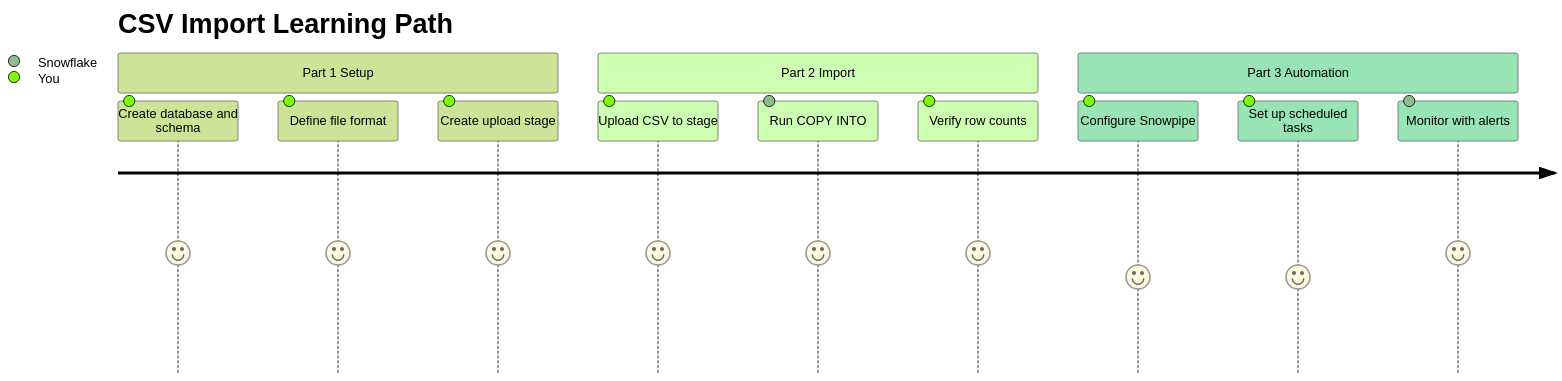
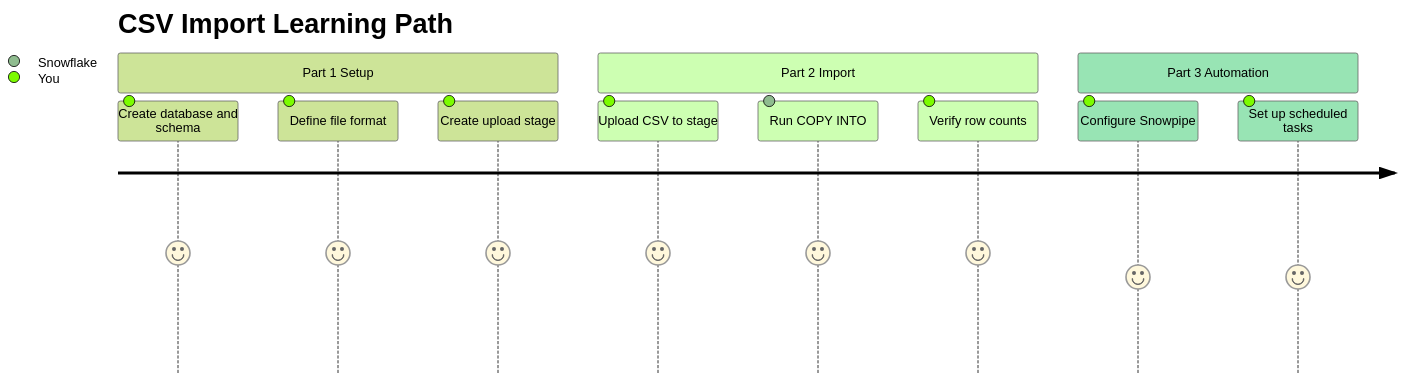
The diagram in guide-csv-import/README.md (sfc-gh-miwhitaker/sfe-public), drawn with Mermaid (forest theme) before and after one commit. The commit also changed other lines of this file and 44 other files, not shown here.

````diff
--- a/guide-csv-import/README.md
+++ b/guide-csv-import/README.md
@@ -13,16 +31,15 @@
 ```mermaid
 journey
     title CSV Import Learning Path
     section Part 1 Setup
       Create database and schema: 5: You
       Define file format: 5: You
       Create upload stage: 5: You
     section Part 2 Import
       Upload CSV to stage: 5: You
       Run COPY INTO: 5: Snowflake
       Verify row counts: 5: You
     section Part 3 Automation
       Configure Snowpipe: 4: You
       Set up scheduled tasks: 4: You
-      Monitor with alerts: 5: Snowflake
 ```
````
